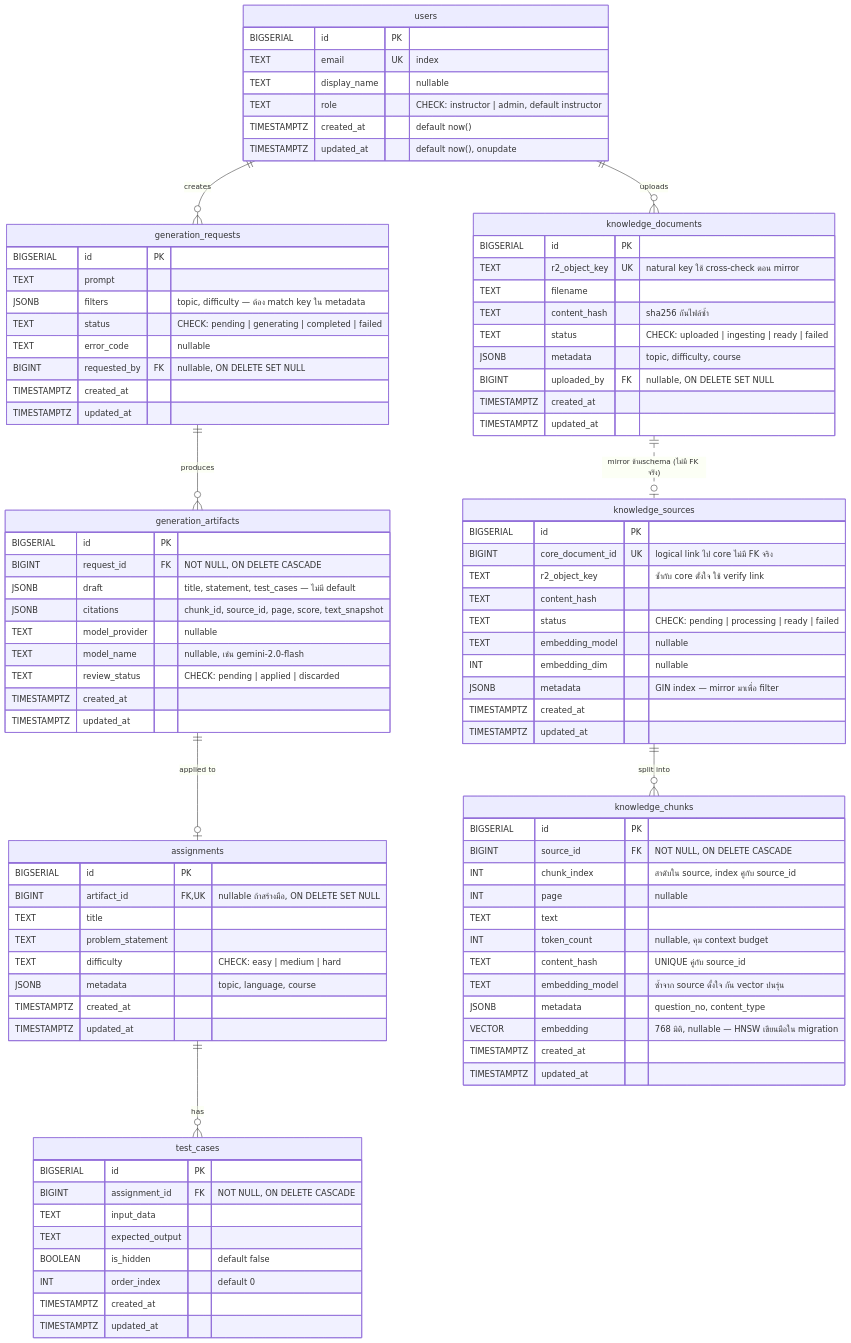
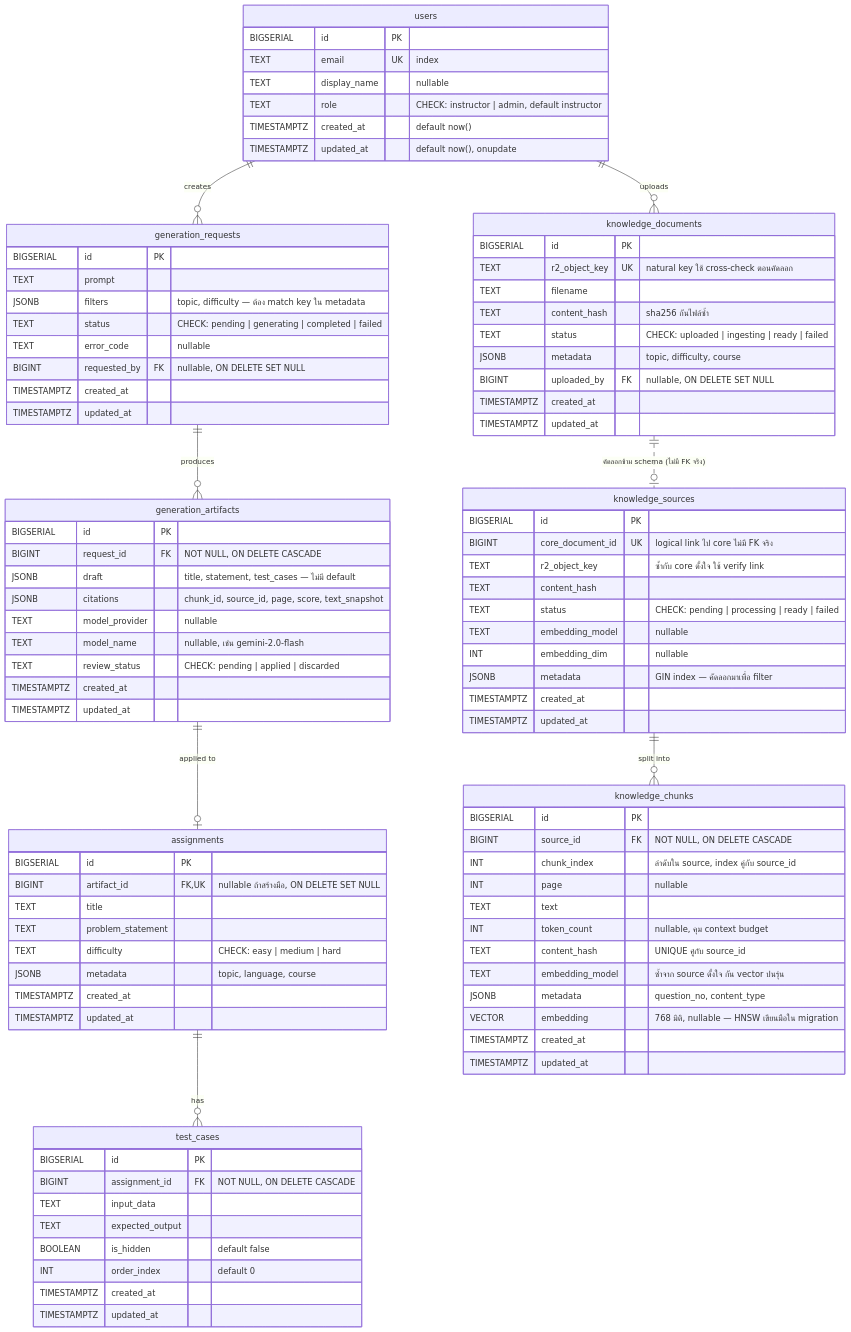
One commit to 03376124-SDD-2-1-69-SEC-1/PyJudge changed the diagram in README.th.md. Above: the diagram before and after it, drawn with Mermaid. The commit also changed other lines of this file and 9 other files, not shown here.

````diff
--- a/README.th.md
+++ b/README.th.md
@@ -347,7 +353,7 @@
 
     knowledge_documents {
         BIGSERIAL id PK
-        TEXT r2_object_key UK "natural key ใช้ cross-check ตอน mirror"
+        TEXT r2_object_key UK "natural key ใช้ cross-check ตอนคัดลอก"
         TEXT filename
         TEXT content_hash "sha256 กันไฟล์ซ้ำ"
         TEXT status "CHECK: uploaded | ingesting | ready | failed"
@@ -412,7 +418,7 @@
         TEXT status "CHECK: pending | processing | ready | failed"
         TEXT embedding_model "nullable"
         INT embedding_dim "nullable"
-        JSONB metadata "GIN index — mirror มาเพื่อ filter"
+        JSONB metadata "GIN index — คัดลอกมาเพื่อ filter"
         TIMESTAMPTZ created_at
         TIMESTAMPTZ updated_at
     }
@@ -440,5 +446,5 @@
     generation_artifacts ||--o| assignments : "applied to"
     assignments ||--o{ test_cases : "has"
     knowledge_sources ||--o{ knowledge_chunks : "split into"
-    knowledge_documents ||..o| knowledge_sources : "mirror ข้ามschema (ไม่มี FK จริง)"
+    knowledge_documents ||..o| knowledge_sources : "คัดลอกข้าม schema (ไม่มี FK จริง)"
 ```
````
